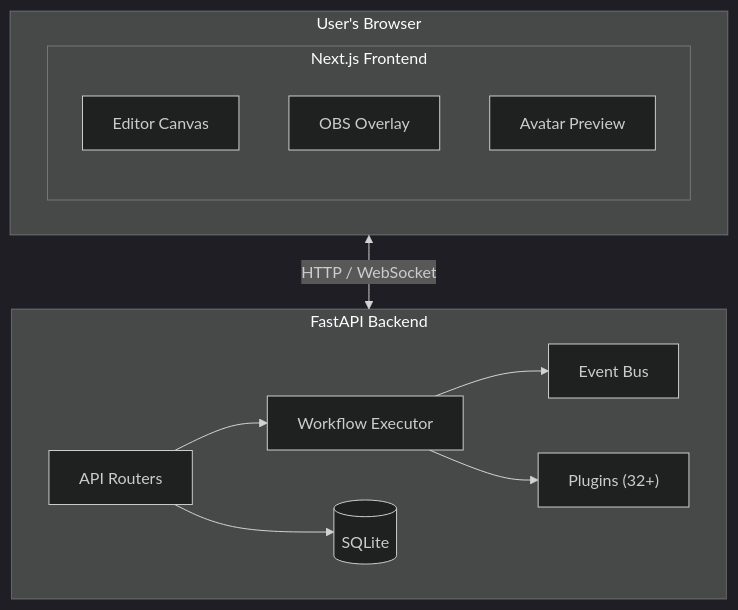
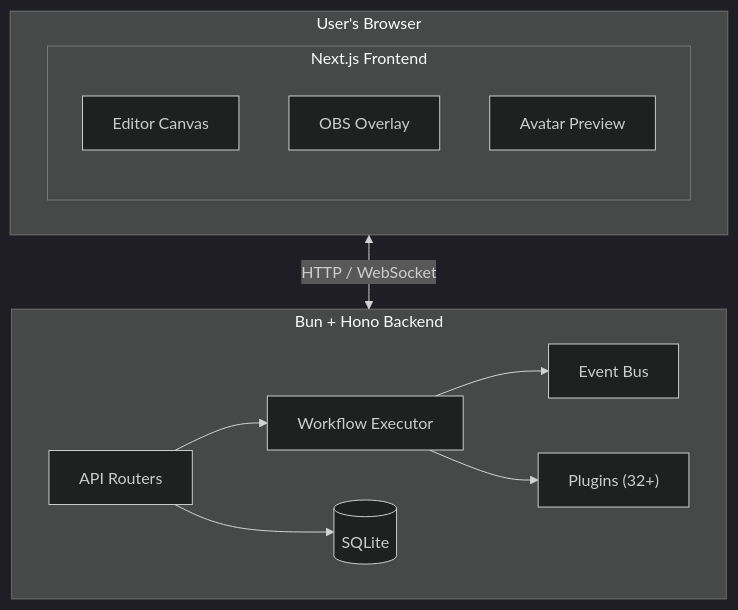
The first of 3 diagrams in docs/architecture.md (oboroge0/AITuberFlow), drawn with Mermaid (dark theme) before and after one commit. The commit also changed other lines of this file and 20 other files, not shown here.

````diff
--- a/docs/architecture.md
+++ b/docs/architecture.md
@@ -34,24 +34,24 @@
 ```mermaid
 graph TB
     subgraph Browser["User's Browser"]
         subgraph Frontend["Next.js Frontend"]
             Editor["Editor Canvas"]
             Overlay["OBS Overlay"]
             Preview["Avatar Preview"]
         end
     end
 
-    subgraph Server["FastAPI Backend"]
+    subgraph Server["Bun + Hono Backend"]
         Routers["API Routers"]
         Executor["Workflow Executor"]
         EventBus["Event Bus"]
         DB[(SQLite)]
         Plugins["Plugins (32+)"]
     end
 
     Browser <-->|HTTP / WebSocket| Server
     Routers --> Executor
     Executor --> EventBus
     Executor --> Plugins
     Routers --> DB
 ```
````
